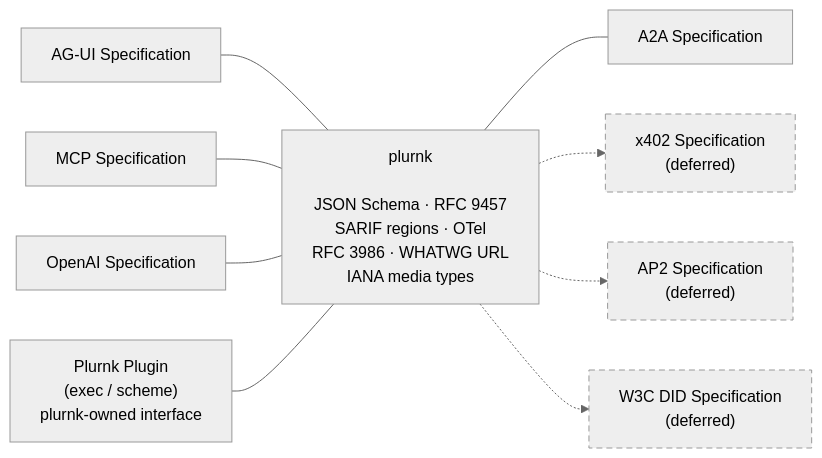
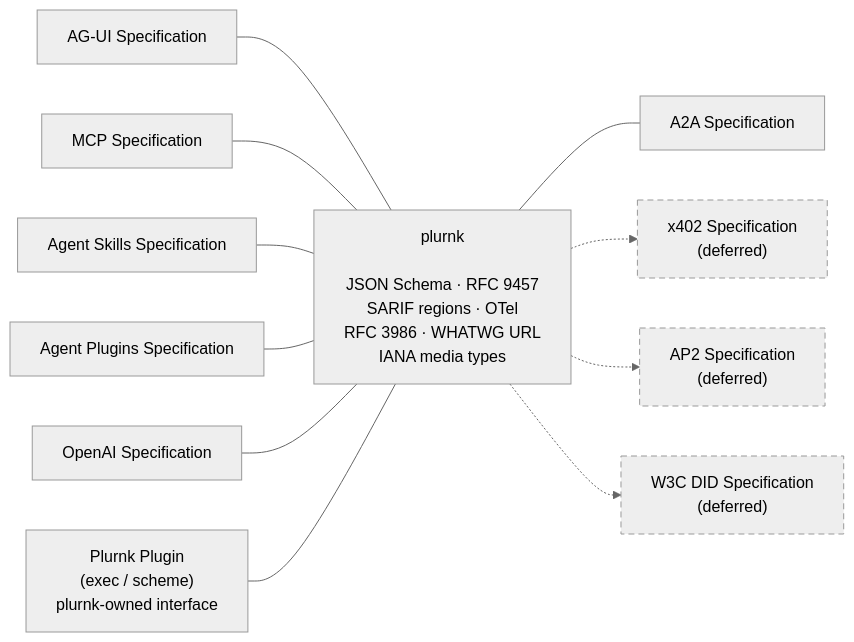
The first of 4 diagrams in ARCHITECTURE.md (plurnk/plurnk-service), drawn with Mermaid (neutral theme) before and after one commit. The commit also changed other lines of this file, not shown here.

Commit message:
docs(architecture): replace, never add; open, never proprietary (#922)

````diff
--- a/ARCHITECTURE.md
+++ b/ARCHITECTURE.md
@@ -15,15 +15,17 @@
 ```mermaid
 flowchart LR
     AGUI["AG-UI Specification"] --- PLURNK["plurnk<br/><br/>JSON Schema · RFC 9457<br/>SARIF regions · OTel<br/>RFC 3986 · WHATWG URL<br/>IANA media types"]
     MCP["MCP Specification"] --- PLURNK
+    SKILLS["Agent Skills Specification"] --- PLURNK
+    PLUGINS["Agent Plugins Specification"] --- PLURNK
     OPENAI["OpenAI Specification"] --- PLURNK
     PLUGIN["Plurnk Plugin<br/>(exec / scheme)<br/>plurnk-owned interface"] --- PLURNK
 
     PLURNK --- A2A["A2A Specification"]
     PLURNK -.-> X402["x402 Specification<br/>(deferred)"]
     PLURNK -.-> AP2["AP2 Specification<br/>(deferred)"]
     PLURNK -.-> DID["W3C DID Specification<br/>(deferred)"]
 
     classDef deferred stroke-dasharray: 6 4;
     class X402,AP2,DID deferred;
 ```
````
